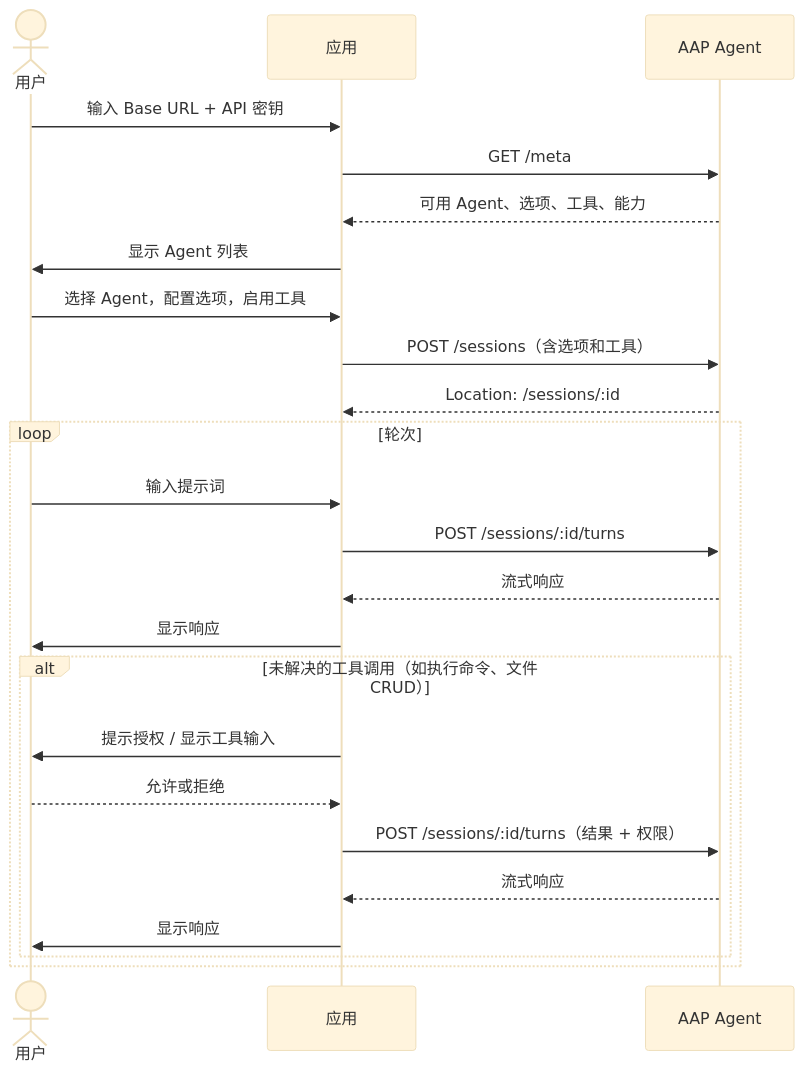
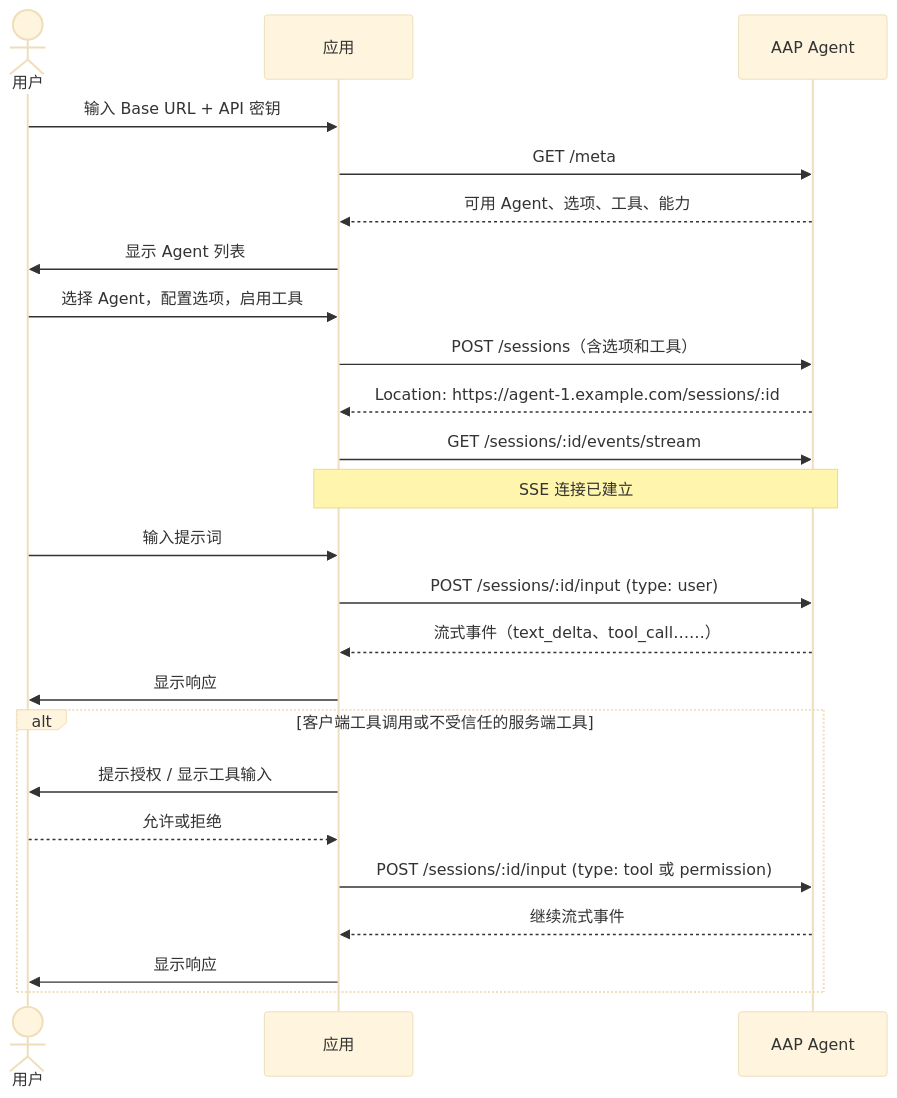
One commit to agentapplicationprotocol/agent-application-protocol changed the diagram in docs/zh/build-an-open-app.md. Above: the diagram before and after it, drawn with Mermaid (base theme). The commit also changed other lines of this file and 27 other files, not shown here.

````diff
--- a/docs/zh/build-an-open-app.md
+++ b/docs/zh/build-an-open-app.md
@@ -45,27 +45,27 @@
 ```mermaid
 sequenceDiagram
     actor User as 用户
     participant App as 应用
     participant Agent as AAP Agent
 
     User->>App: 输入 Base URL + API 密钥
     App->>Agent: GET /meta
     Agent-->>App: 可用 Agent、选项、工具、能力
     App->>User: 显示 Agent 列表
     User->>App: 选择 Agent，配置选项，启用工具
     App->>Agent: POST /sessions（含选项和工具）
-    Agent-->>App: Location: /sessions/:id
-    loop 轮次
-        User->>App: 输入提示词
-        App->>Agent: POST /sessions/:id/turns
-        Agent-->>App: 流式响应
+    Agent-->>App: Location: https://agent-1.example.com/sessions/:id
+    App->>Agent: GET /sessions/:id/events/stream
+    Note over App,Agent: SSE 连接已建立
+    User->>App: 输入提示词
+    App->>Agent: POST /sessions/:id/input (type: user)
+    Agent-->>App: 流式事件（text_delta、tool_call……）
+    App->>User: 显示响应
+    alt 客户端工具调用或不受信任的服务端工具
+        App->>User: 提示授权 / 显示工具输入
+        User-->>App: 允许或拒绝
+        App->>Agent: POST /sessions/:id/input (type: tool 或 permission)
+        Agent-->>App: 继续流式事件
         App->>User: 显示响应
-        alt 未解决的工具调用（如执行命令、文件 CRUD）
-            App->>User: 提示授权 / 显示工具输入
-            User-->>App: 允许或拒绝
-            App->>Agent: POST /sessions/:id/turns（结果 + 权限）
-            Agent-->>App: 流式响应
-            App->>User: 显示响应
-        end
     end
 ```
````
